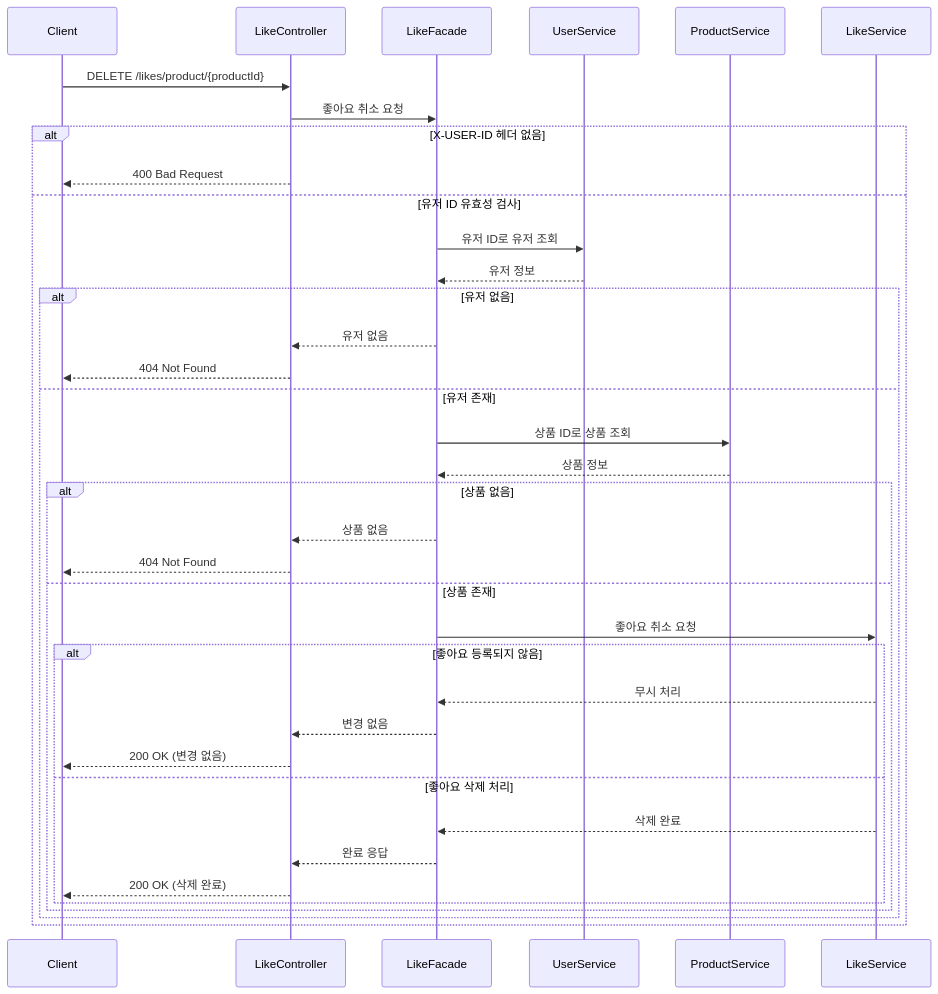
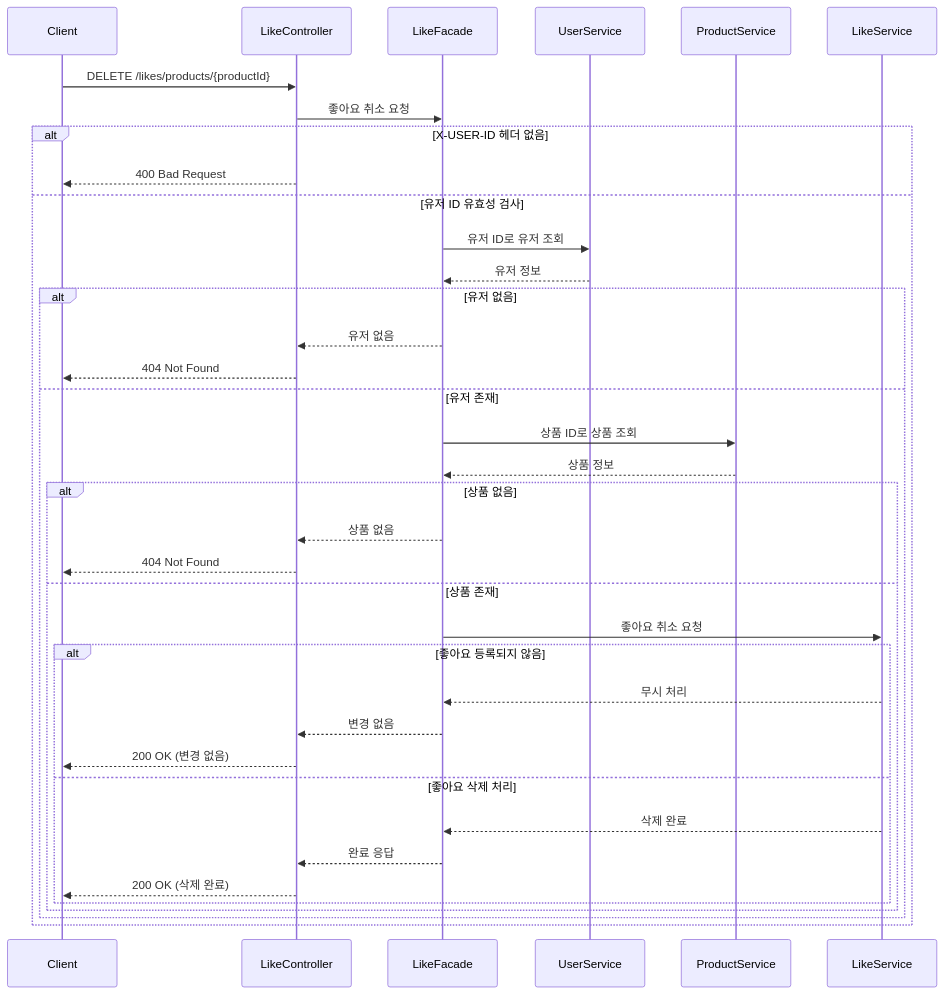
The ninth of 15 diagrams in docs/design/02-sequence-diagrams.md (HYEONMIN94/loopers-spring-kotlin-template), drawn with Mermaid before and after one commit. The commit also changed other lines of this file and 1 other file, not shown here.

````diff
--- a/docs/design/02-sequence-diagrams.md
+++ b/docs/design/02-sequence-diagrams.md
@@ -308,44 +304,44 @@
 ```mermaid
 sequenceDiagram
     participant Client
     participant LikeController
     participant LikeFacade
     participant UserService
     participant ProductService
     participant LikeService
 
-    Client->>LikeController: DELETE /likes/product/{productId}
+    Client->>LikeController: DELETE /likes/products/{productId}
     LikeController->>LikeFacade: 좋아요 취소 요청
 
     alt X-USER-ID 헤더 없음
         LikeController-->>Client: 400 Bad Request
     else 유저 ID 유효성 검사
         LikeFacade->>UserService: 유저 ID로 유저 조회
         UserService-->>LikeFacade: 유저 정보
 
         alt 유저 없음
             LikeFacade-->>LikeController: 유저 없음
             LikeController-->>Client: 404 Not Found
         else 유저 존재
             LikeFacade->>ProductService: 상품 ID로 상품 조회
             ProductService-->>LikeFacade: 상품 정보
 
             alt 상품 없음
                 LikeFacade-->>LikeController: 상품 없음
                 LikeController-->>Client: 404 Not Found
             else 상품 존재
                 LikeFacade->>LikeService: 좋아요 취소 요청
 
                 alt 좋아요 등록되지 않음
                     LikeService-->>LikeFacade: 무시 처리
                     LikeFacade-->>LikeController: 변경 없음
                     LikeController-->>Client: 200 OK (변경 없음)
                 else 좋아요 삭제 처리
                     LikeService-->>LikeFacade: 삭제 완료
                     LikeFacade-->>LikeController: 완료 응답
                     LikeController-->>Client: 200 OK (삭제 완료)
                 end
             end
         end
     end
 ```
````
